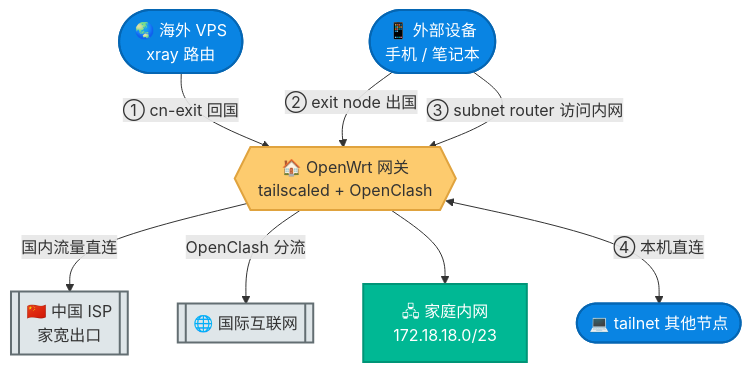
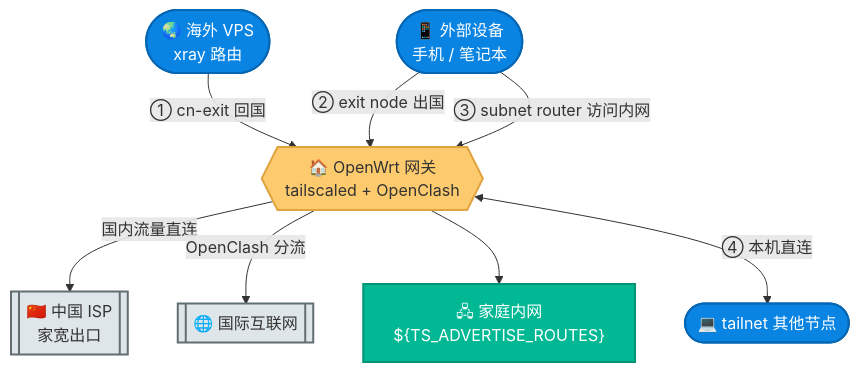
One commit to currycan/sb-xray changed the first of 6 diagrams in docs/07-tailscale-proxy-architecture.md. Above: the diagram before and after it, drawn with Mermaid. The commit also changed other lines of this file and 23 other files, not shown here.

````diff
--- a/docs/07-tailscale-proxy-architecture.md
+++ b/docs/07-tailscale-proxy-architecture.md
@@ -29,28 +29,28 @@
 ```mermaid
 flowchart TB
     VPS(["🌏 海外 VPS<br/>xray 路由"])
     PHONE(["📱 外部设备<br/>手机 / 笔记本"])
     OWRT{{"🏠 OpenWrt 网关<br/>tailscaled + OpenClash"}}
-    LAN["🖧 家庭内网<br/>172.18.18.0/23"]
+    LAN["🖧 家庭内网<br/>${TS_ADVERTISE_ROUTES}"]
     PEER(["💻 tailnet 其他节点"])
     ISP[["🇨🇳 中国 ISP<br/>家宽出口"]]
     INET[["🌐 国际互联网"]]
 
     VPS -->|"① cn-exit 回国"| OWRT
     OWRT -->|"国内流量直连"| ISP
     PHONE -->|"② exit node 出国"| OWRT
     OWRT -->|"OpenClash 分流"| INET
     PHONE -->|"③ subnet router 访问内网"| OWRT
     OWRT --> LAN
     OWRT <-->|"④ 本机直连"| PEER
 
     class VPS,PHONE,PEER entry
     class OWRT gateway
     class LAN process
     class ISP,INET external
 
     classDef entry    fill:#0984e3,stroke:#0566b3,stroke-width:2px,color:#fff
     classDef gateway  fill:#fdcb6e,stroke:#e0a33e,stroke-width:2px,color:#333
     classDef process  fill:#00b894,stroke:#009577,stroke-width:2px,color:#fff
     classDef external fill:#dfe6e9,stroke:#636e72,stroke-width:2px,color:#333
 ```
````
